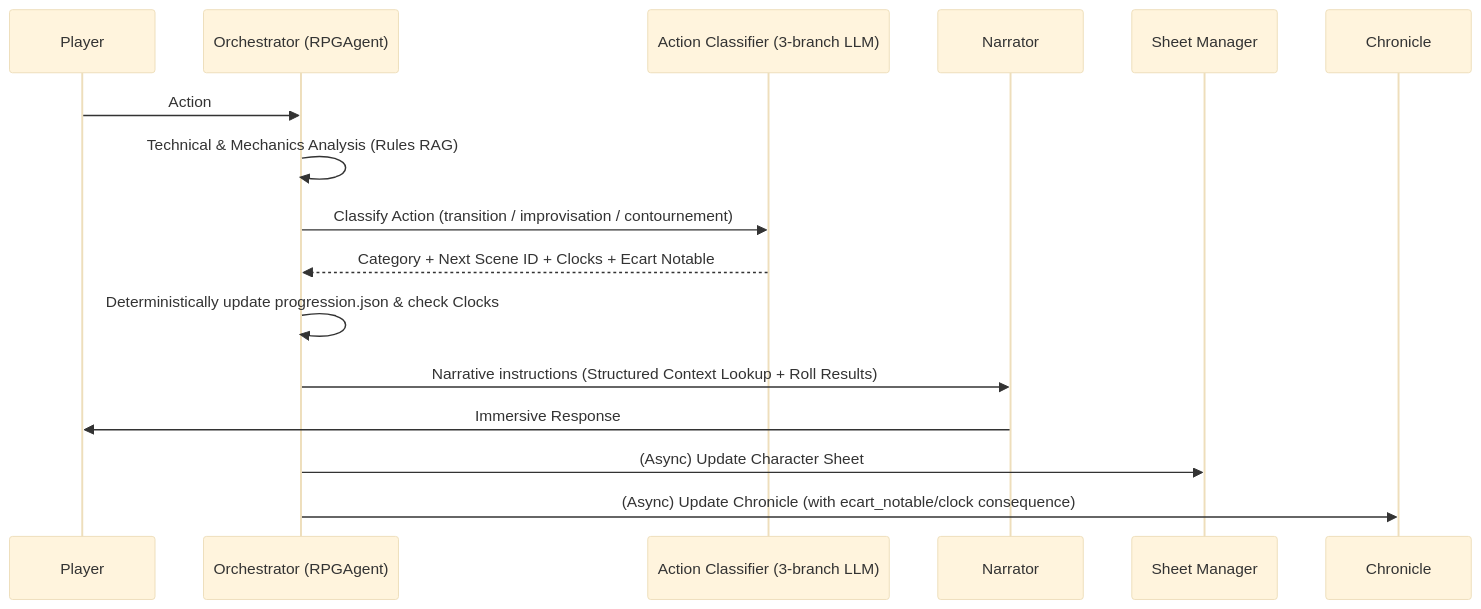
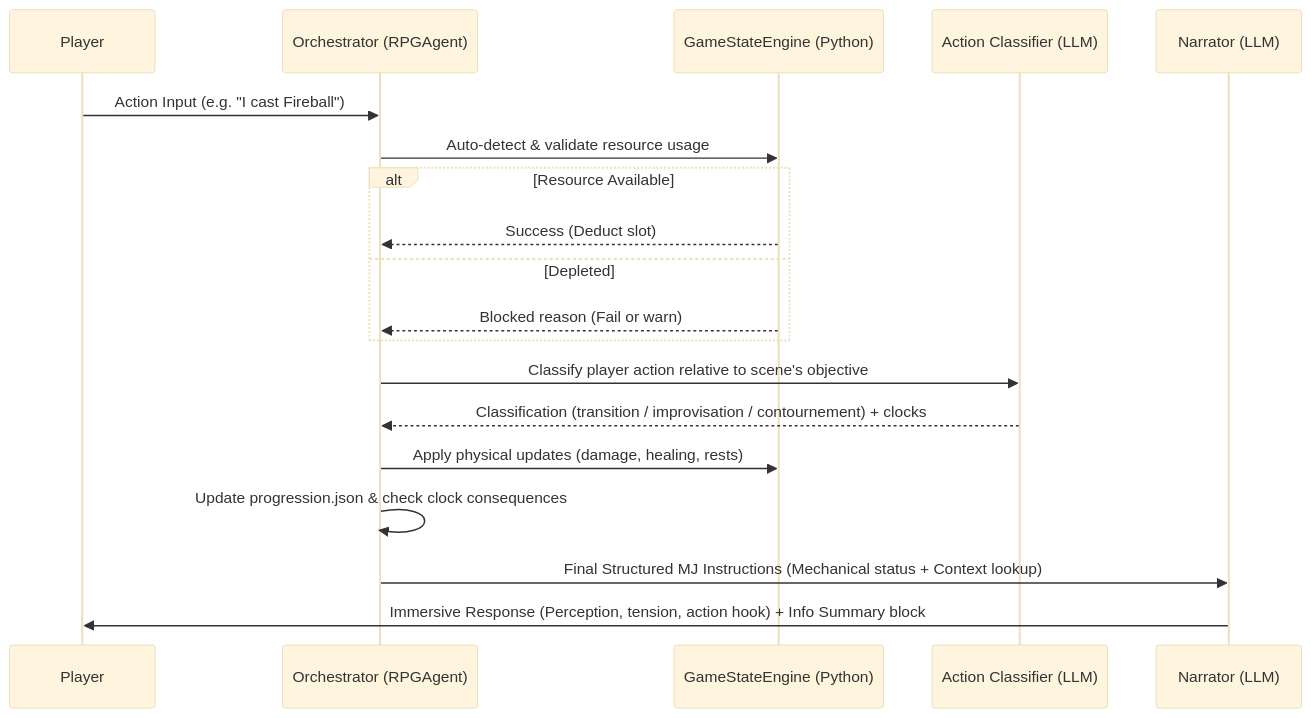
The second of 2 diagrams in README.md (Papoulos/Oracle), drawn with Mermaid (base theme) before and after one commit. The commit also changed other lines of this file, not shown here.

Commit message:
Update README.md to document the Agnostic Character Creation System and GameStateEngine

````diff
--- a/README.md
+++ b/README.md
@@ -206,19 +223,22 @@
 ```mermaid
 sequenceDiagram
     participant Player
     participant Orch as Orchestrator (RPGAgent)
-    participant CL as Action Classifier (3-branch LLM)
-    participant Narr as Narrator
-    participant SM as Sheet Manager
-    participant Chron as Chronicle
+    participant GSE as GameStateEngine (Python)
+    participant CL as Action Classifier (LLM)
+    participant Narr as Narrator (LLM)
 
-    Player->>Orch: Action
-    Orch->>Orch: Technical & Mechanics Analysis (Rules RAG)
-    Orch->>CL: Classify Action (transition / improvisation / contournement)
-    CL-->>Orch: Category + Next Scene ID + Clocks + Ecart Notable
-    Orch->>Orch: Deterministically update progression.json & check Clocks
-    Orch->>Narr: Narrative instructions (Structured Context Lookup + Roll Results)
-    Narr->>Player: Immersive Response
-    Orch->>SM: (Async) Update Character Sheet
-    Orch->>Chron: (Async) Update Chronicle (with ecart_notable/clock consequence)
+    Player->>Orch: Action Input (e.g. "I cast Fireball")
+    Orch->>GSE: Auto-detect & validate resource usage
+    alt Resource Available
+        GSE-->>Orch: Success (Deduct slot)
+    else Depleted
+        GSE-->>Orch: Blocked reason (Fail or warn)
+    end
+    Orch->>CL: Classify player action relative to scene's objective
+    CL-->>Orch: Classification (transition / improvisation / contournement) + clocks
+    Orch->>GSE: Apply physical updates (damage, healing, rests)
+    Orch->>Orch: Update progression.json & check clock consequences
+    Orch->>Narr: Final Structured MJ Instructions (Mechanical status + Context lookup)
+    Narr->>Player: Immersive Response (Perception, tension, action hook) + Info Summary block
 ```
````
